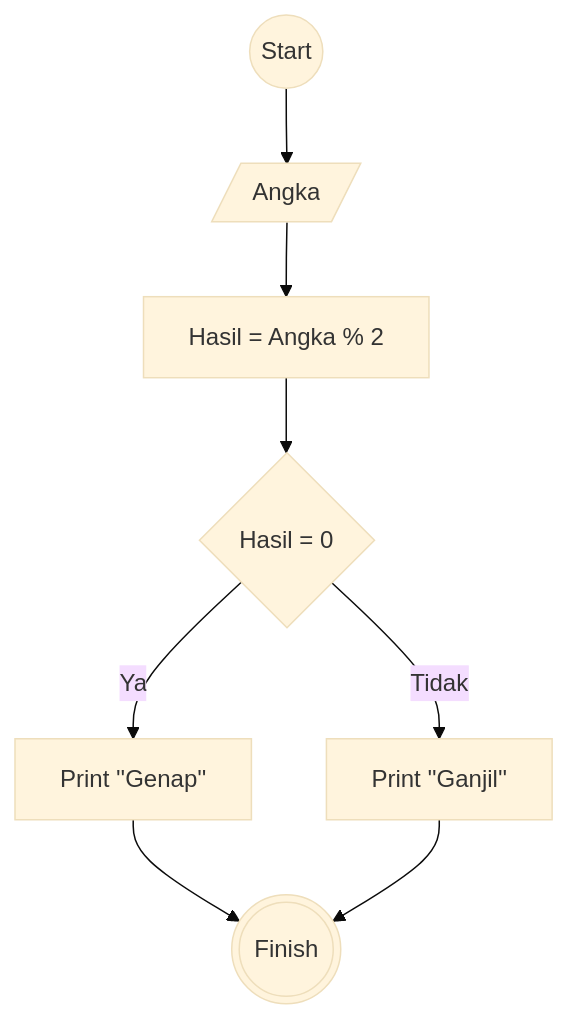
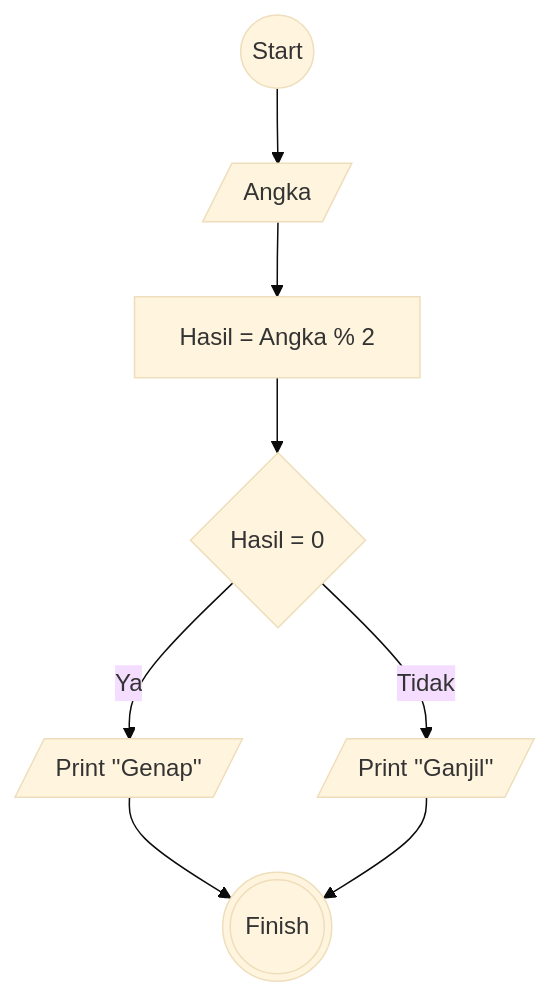
The diagram in README.md (aldi-ardyansah/koda-b10-algoritma), drawn with Mermaid (base theme) before and after one commit.

Commit message:
Restore algorithm descriptions in README.md

````diff
--- a/README.md
+++ b/README.md
@@ -23,8 +23,8 @@
 ```mermaid
 flowchart TD
     A((Start)) --> B[/Angka/]
     B[/Angka/] --> C[Angka / 2]
     C[Hasil = Angka % 2] --> D{Hasil = 0}
-    D{Hasil = 0} --Ya--> E[Print ''Genap''] --> G(((Finish)))
-    D{Hasil = 0} --Tidak--> F[Print ''Ganjil''] --> G(((Finish)))
+    D{Hasil = 0} --Ya--> E[/Print ''Genap''/] --> G(((Finish)))
+    D{Hasil = 0} --Tidak--> F[/Print ''Ganjil''/] --> G(((Finish)))
 ```
````
